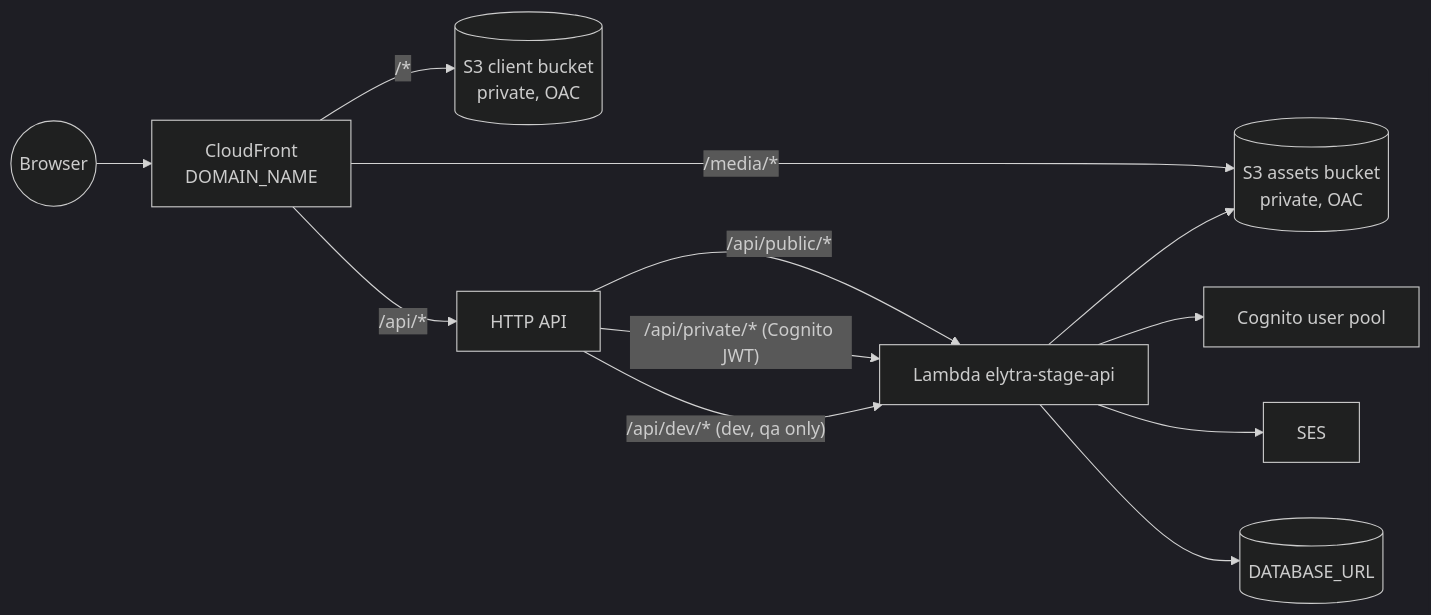
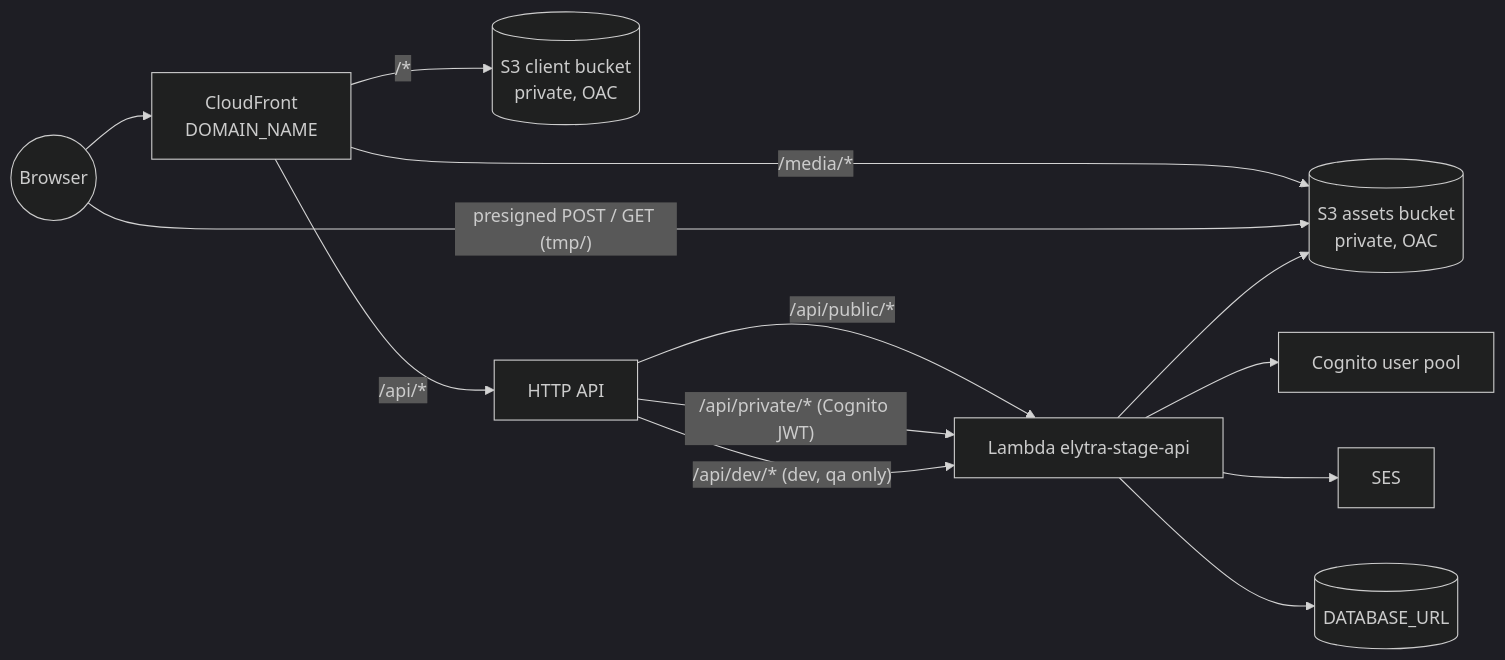
The diagram in docs/infrastructure.md (shalev396/Elytra), drawn with Mermaid (dark theme) before and after one commit. The commit also changed other lines of this file and 174 other files, not shown here.

````diff
--- a/docs/infrastructure.md
+++ b/docs/infrastructure.md
@@ -9,14 +9,15 @@
 ```mermaid
 flowchart LR
   user((Browser)) --> cf[CloudFront<br/>DOMAIN_NAME]
   cf -- "/*" --> client[(S3 client bucket<br/>private, OAC)]
   cf -- "/media/*" --> assets[(S3 assets bucket<br/>private, OAC)]
+  user -- "presigned POST / GET (tmp/)" --> assets
   cf -- "/api/*" --> api[HTTP API]
   api -- "/api/public/*" --> fn[Lambda elytra-stage-api]
   api -- "/api/private/* (Cognito JWT)" --> fn
   api -- "/api/dev/* (dev, qa only)" --> fn
   fn --> cognito[Cognito user pool]
   fn --> assets
   fn --> ses[SES]
   fn --> db[(DATABASE_URL)]
 ```
````
